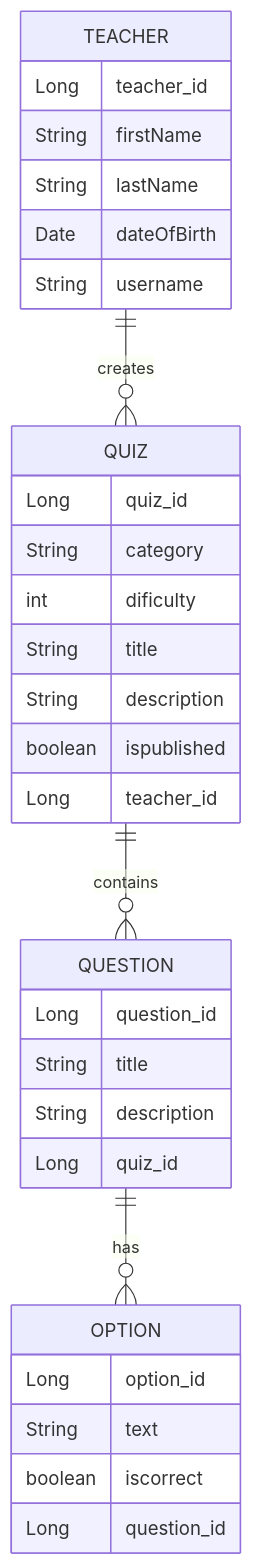
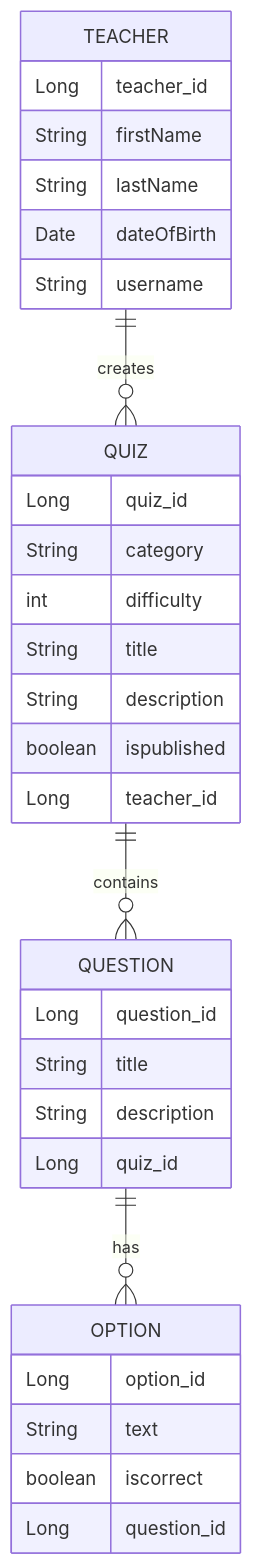
One commit to Triplatuomas-Co/quizzer changed the diagram in README.md. Above: the diagram before and after it, drawn with Mermaid. The commit also changed 17 other files, not shown here.

````diff
--- a/README.md
+++ b/README.md
@@ -72,38 +72,38 @@
 ```mermaid
 erDiagram
     TEACHER ||--o{ QUIZ : creates
     QUIZ ||--o{ QUESTION : contains
     QUESTION ||--o{ OPTION : has
 
     TEACHER {
         Long teacher_id
         String firstName
         String lastName
         Date dateOfBirth
         String username
     }
 
     QUIZ {
         Long quiz_id
         String category
-        int dificulty
+        int difficulty
         String title
         String description
         boolean ispublished
         Long teacher_id
     }
 
     QUESTION {
         Long question_id
         String title
         String description
         Long quiz_id
     }
 
     OPTION {
         Long option_id
         String text
         boolean iscorrect
         Long question_id
     }
 ```
````
